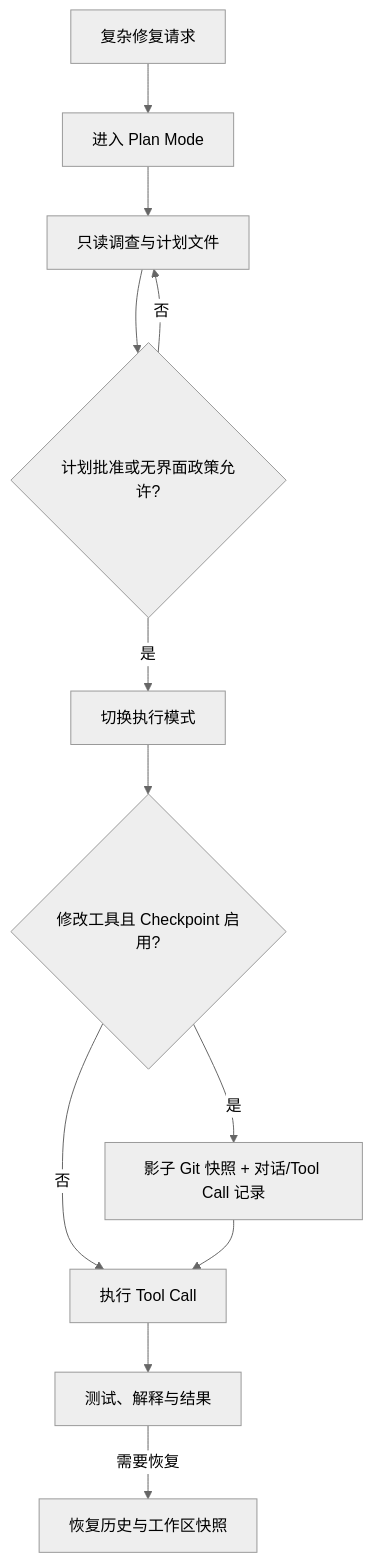
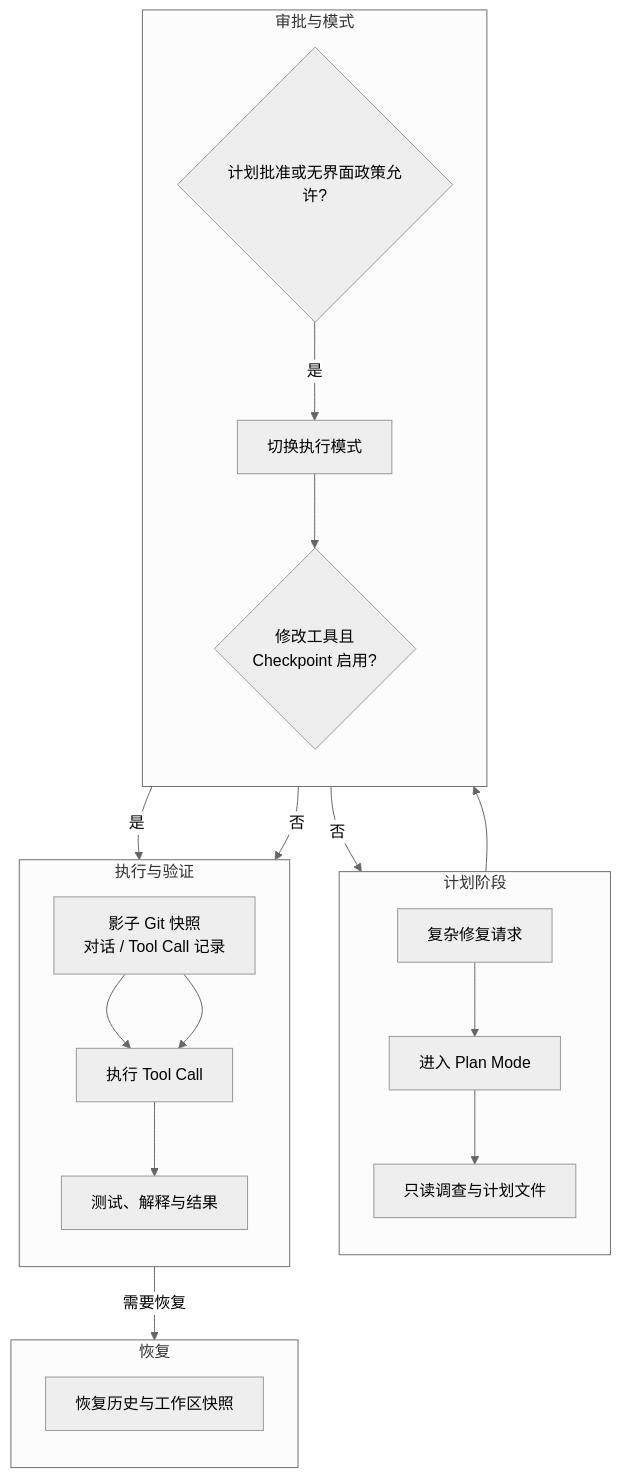
The second of 2 diagrams in docs/harness-survey/26_gemini_cli.md (specialpointcentral/harness), drawn with Mermaid (neutral theme) before and after one commit. The commit also changed other lines of this file and 18 other files, not shown here.

First line of the commit message:
docs: improve diagram layouts and tidy supporting files

````diff
--- a/docs/harness-survey/26_gemini_cli.md
+++ b/docs/harness-survey/26_gemini_cli.md
@@ -124,14 +138,34 @@
 ```mermaid
-flowchart TD
-  Q[复杂修复请求] --> PM[进入 Plan Mode]
-  PM --> R[只读调查与计划文件]
-  R --> A{计划批准或无界面政策允许?}
+flowchart TB
+  subgraph PLAN[计划阶段]
+    direction TB
+    Q[复杂修复请求]
+    PM[进入 Plan Mode]
+    R[只读调查与计划文件]
+    Q --> PM --> R
+  end
+  subgraph GATE[审批与模式]
+    direction TB
+    A{计划批准或无界面政策允许?}
+    EX[切换执行模式]
+    CP{修改工具且<br/>Checkpoint 启用?}
+    A -->|是| EX --> CP
+  end
+  subgraph RUN[执行与验证]
+    direction TB
+    SG[影子 Git 快照<br/>对话 / Tool Call 记录]
+    TC[执行 Tool Call]
+    V[测试、解释与结果]
+    SG --> TC --> V
+  end
+  subgraph RECOVER[恢复]
+    direction TB
+    RS[恢复历史与工作区快照]
+  end
+  R --> A
   A -->|否| R
-  A -->|是| EX[切换执行模式]
-  EX --> CP{修改工具且 Checkpoint 启用?}
-  CP -->|是| SG[影子 Git 快照 + 对话/Tool Call 记录]
-  CP -->|否| TC[执行 Tool Call]
+  CP -->|是| SG
+  CP -->|否| TC
   SG --> TC
-  TC --> V[测试、解释与结果]
-  V -->|需要恢复| RS[恢复历史与工作区快照]
+  V -->|需要恢复| RS
 ```
````
